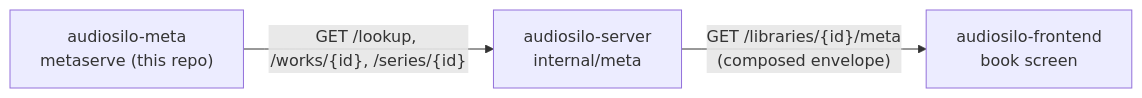
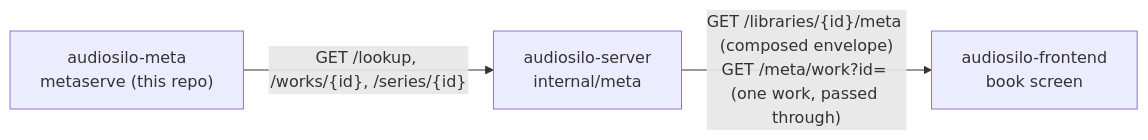
Before and after one commit to KodeStar/audiosilo-docs: the diagram in docs-developers/meta/overview.md, drawn with Mermaid. The commit also changed other lines of this file and 9 other files, not shown here.

First line of the commit message:
Document the tabbed book screen, spoiler gating, and /meta/work endpoint

````diff
--- a/docs-developers/meta/overview.md
+++ b/docs-developers/meta/overview.md
@@ -165,8 +166,8 @@
 ```mermaid
 flowchart LR
     meta["audiosilo-meta<br/>metaserve (this repo)"]
     srv["audiosilo-server<br/>internal/meta"]
     player["audiosilo-frontend<br/>book screen"]
     meta -->|"GET /lookup, /works/{id}, /series/{id}"| srv
-    srv -->|"GET /libraries/{id}/meta<br/>(composed envelope)"| player
+    srv -->|"GET /libraries/{id}/meta (composed envelope)<br/>GET /meta/work?id= (one work, passed through)"| player
 ```
````
